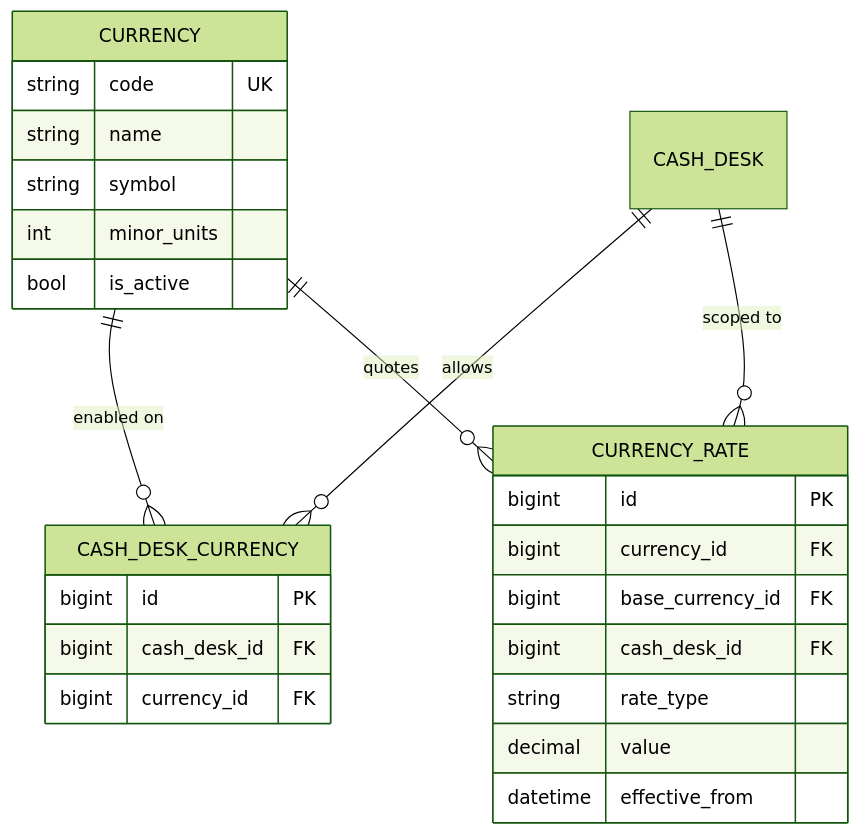
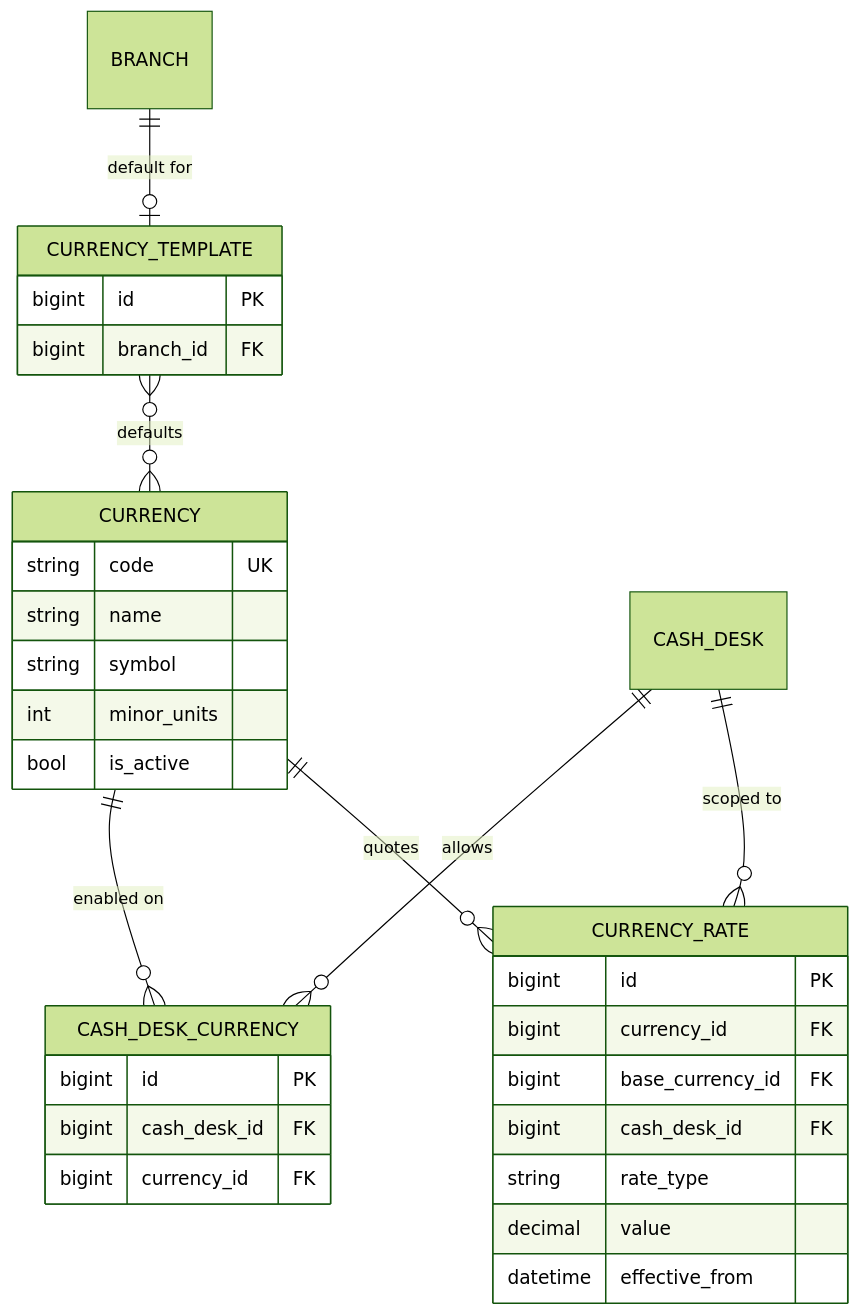
One commit to const-neshumaev/bank-cash-ops changed the third of 4 diagrams in docs/architecture-module-core.md. Above: the diagram before and after it, drawn with Mermaid (forest theme). The commit also changed other lines of this file and 44 other files, not shown here.

````diff
--- a/docs/architecture-module-core.md
+++ b/docs/architecture-module-core.md
@@ -141,28 +146,34 @@
 ```mermaid
 erDiagram
     CURRENCY {
         string code UK
         string name
         string symbol
         int minor_units
         bool is_active
     }
     CASH_DESK_CURRENCY {
         bigint id PK
         bigint cash_desk_id FK
         bigint currency_id FK
     }
+    CURRENCY_TEMPLATE {
+        bigint id PK
+        bigint branch_id FK
+    }
     CURRENCY_RATE {
         bigint id PK
         bigint currency_id FK
         bigint base_currency_id FK
         bigint cash_desk_id FK
         string rate_type
         decimal value
         datetime effective_from
     }
     CASH_DESK ||--o{ CASH_DESK_CURRENCY : allows
     CURRENCY ||--o{ CASH_DESK_CURRENCY : "enabled on"
+    BRANCH ||--o| CURRENCY_TEMPLATE : "default for"
+    CURRENCY_TEMPLATE }o--o{ CURRENCY : defaults
     CURRENCY ||--o{ CURRENCY_RATE : quotes
     CASH_DESK ||--o{ CURRENCY_RATE : "scoped to"
 ```
````
